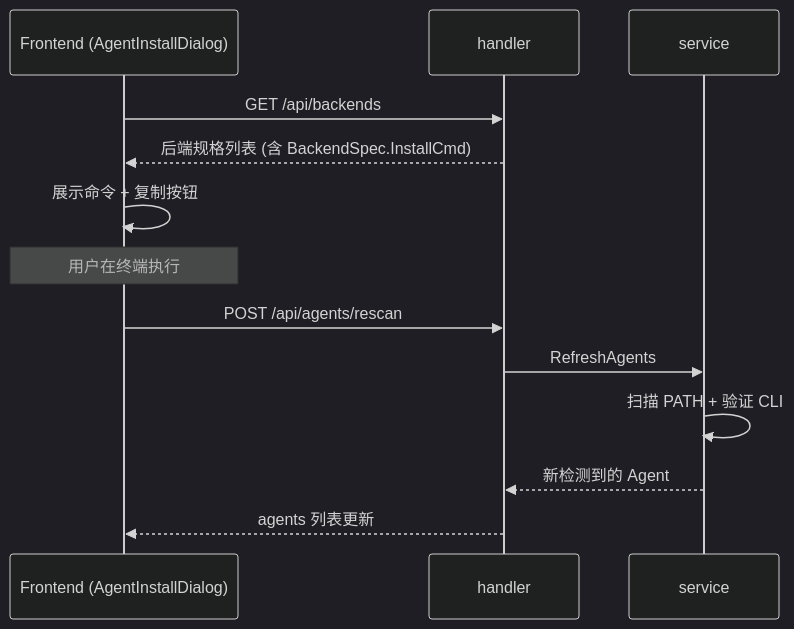
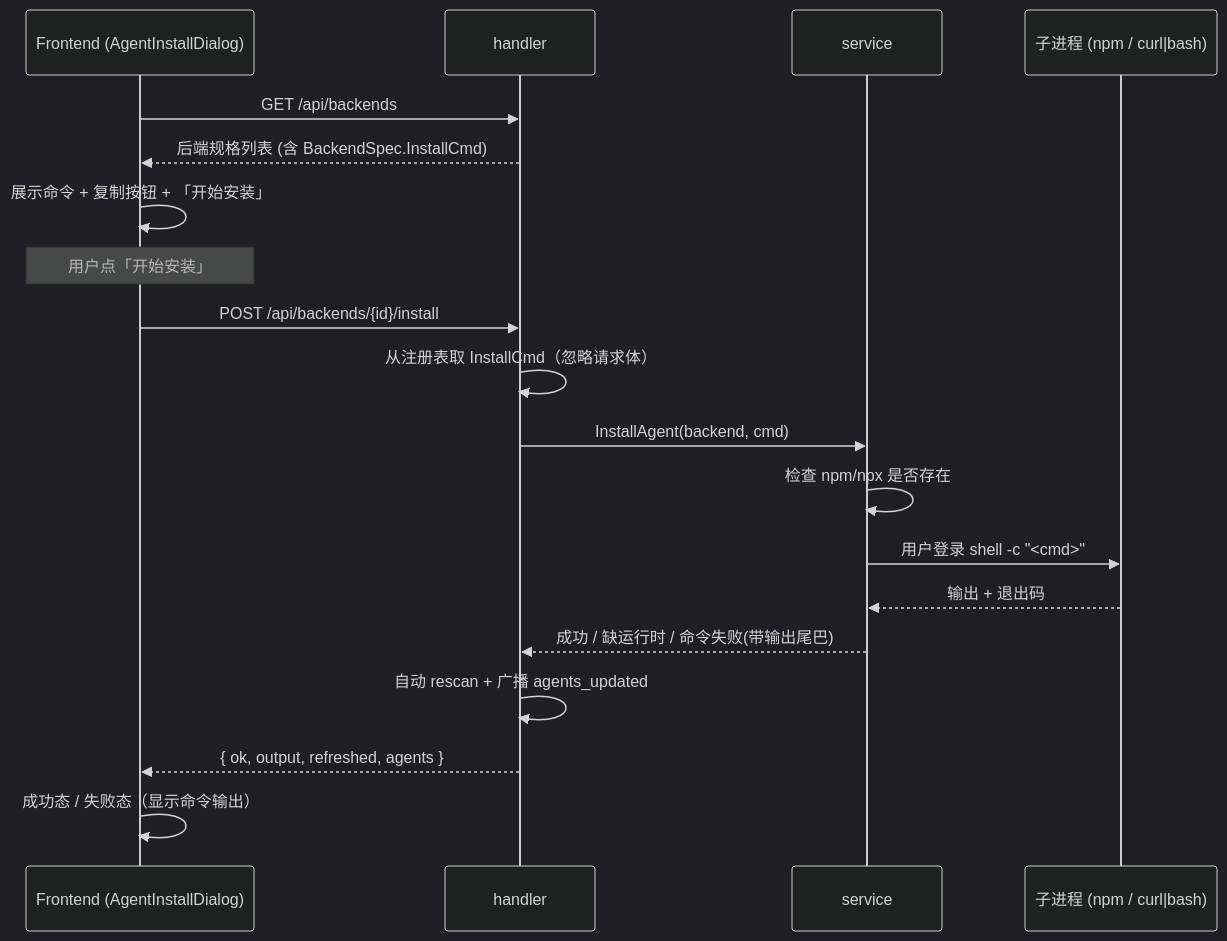
Before and after one commit to clawbench-dev/clawbench: the second of 2 diagrams in docs/spec/features/setup-wizard.md, drawn with Mermaid (dark theme). The commit also changed other lines of this file and 26 other files, not shown here.

````diff
--- a/docs/spec/features/setup-wizard.md
+++ b/docs/spec/features/setup-wizard.md
@@ -40,16 +40,22 @@
 ```mermaid
 sequenceDiagram
     participant F as Frontend (AgentInstallDialog)
     participant H as handler
     participant S as service
+    participant P as 子进程 (npm / curl|bash)
 
     F->>H: GET /api/backends
     H-->>F: 后端规格列表 (含 BackendSpec.InstallCmd)
-    F->>F: 展示命令 + 复制按钮
-    Note over F: 用户在终端执行
-    F->>H: POST /api/agents/rescan
-    H->>S: RefreshAgents
-    S->>S: 扫描 PATH + 验证 CLI
-    S-->>H: 新检测到的 Agent
-    H-->>F: agents 列表更新
+    F->>F: 展示命令 + 复制按钮 + 「开始安装」
+    Note over F: 用户点「开始安装」
+    F->>H: POST /api/backends/{id}/install
+    H->>H: 从注册表取 InstallCmd（忽略请求体）
+    H->>S: InstallAgent(backend, cmd)
+    S->>S: 检查 npm/npx 是否存在
+    S->>P: 用户登录 shell -c "<cmd>"
+    P-->>S: 输出 + 退出码
+    S-->>H: 成功 / 缺运行时 / 命令失败(带输出尾巴)
+    H->>H: 自动 rescan + 广播 agents_updated
+    H-->>F: { ok, output, refreshed, agents }
+    F->>F: 成功态 / 失败态（显示命令输出）
 ```
````
